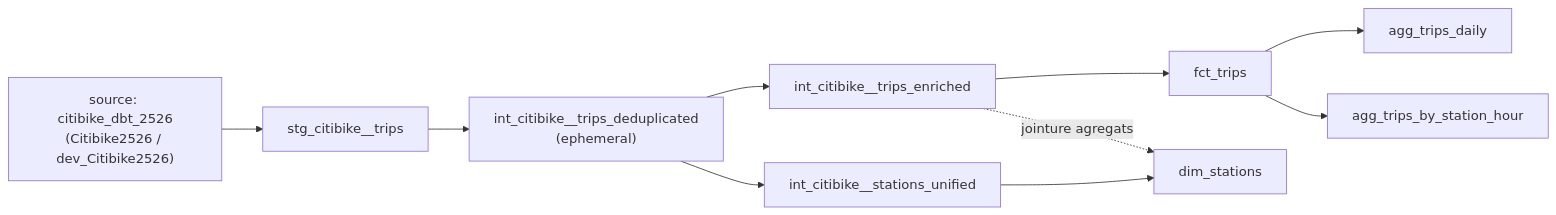
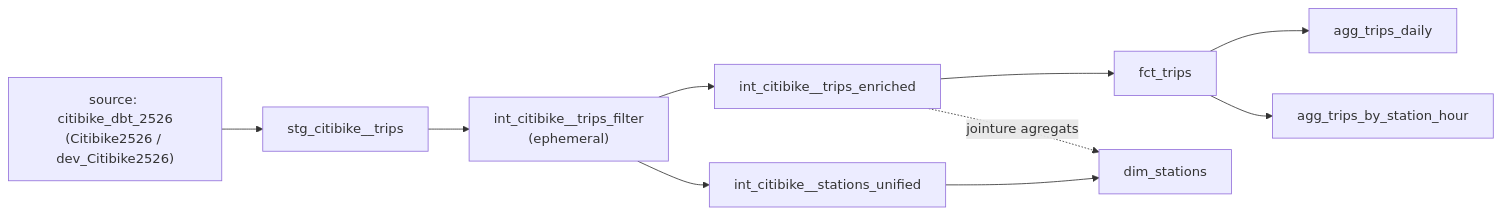
The diagram in README.md (elisae19/dbt_Citibike_2526), drawn with Mermaid before and after one commit. The commit also changed other lines of this file and 1 other file, not shown here.

````diff
--- a/README.md
+++ b/README.md
@@ -71,14 +71,14 @@
 ```mermaid
 flowchart LR
     SRC["source: citibike_dbt_2526<br/>(Citibike2526 / dev_Citibike2526)"] --> STG["stg_citibike__trips"]
-    STG --> DEDUP["int_citibike__trips_deduplicated<br/>(ephemeral)"]
-    DEDUP --> ENRICHED["int_citibike__trips_enriched"]
-    DEDUP --> STATIONS["int_citibike__stations_unified"]
+    STG --> FILTER["int_citibike__trips_filter<br/>(ephemeral)"]
+    FILTER --> ENRICHED["int_citibike__trips_enriched"]
+    FILTER --> STATIONS["int_citibike__stations_unified"]
 
     ENRICHED --> FCT["fct_trips"]
     STATIONS --> DIM["dim_stations"]
     ENRICHED -.jointure agregats.-> DIM
 
     FCT --> AGGDAY["agg_trips_daily"]
     FCT --> AGGHOUR["agg_trips_by_station_hour"]
 ```
````
